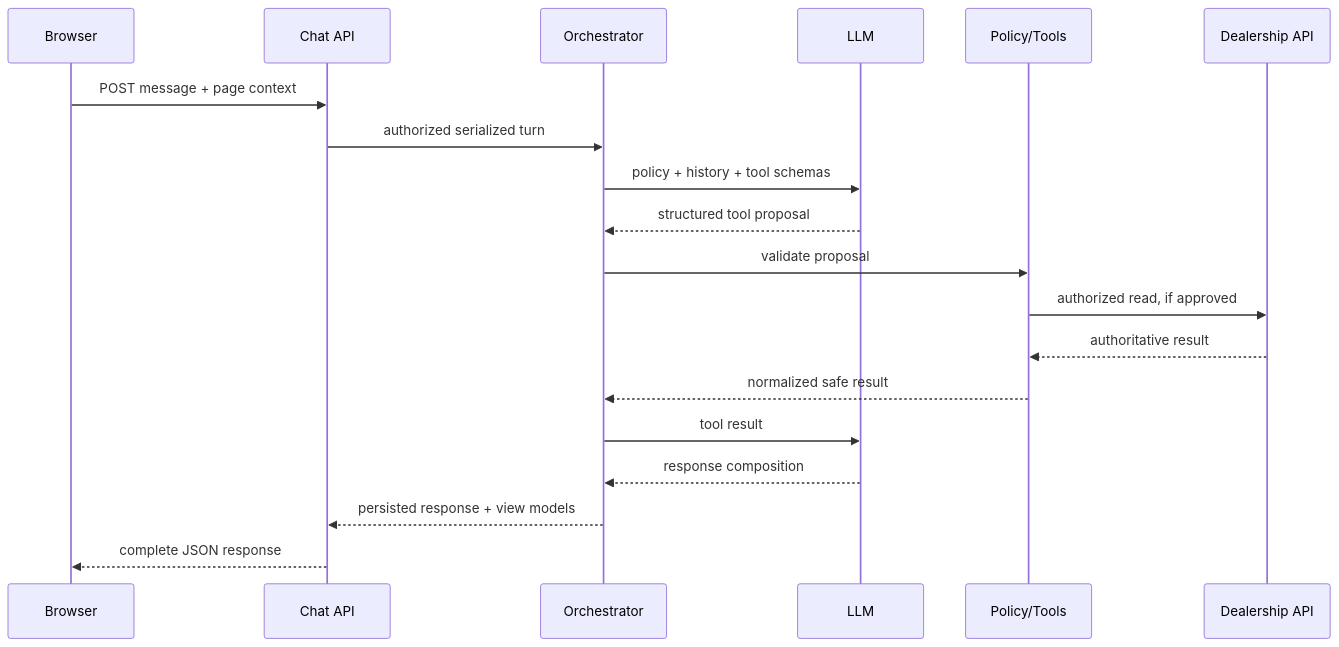
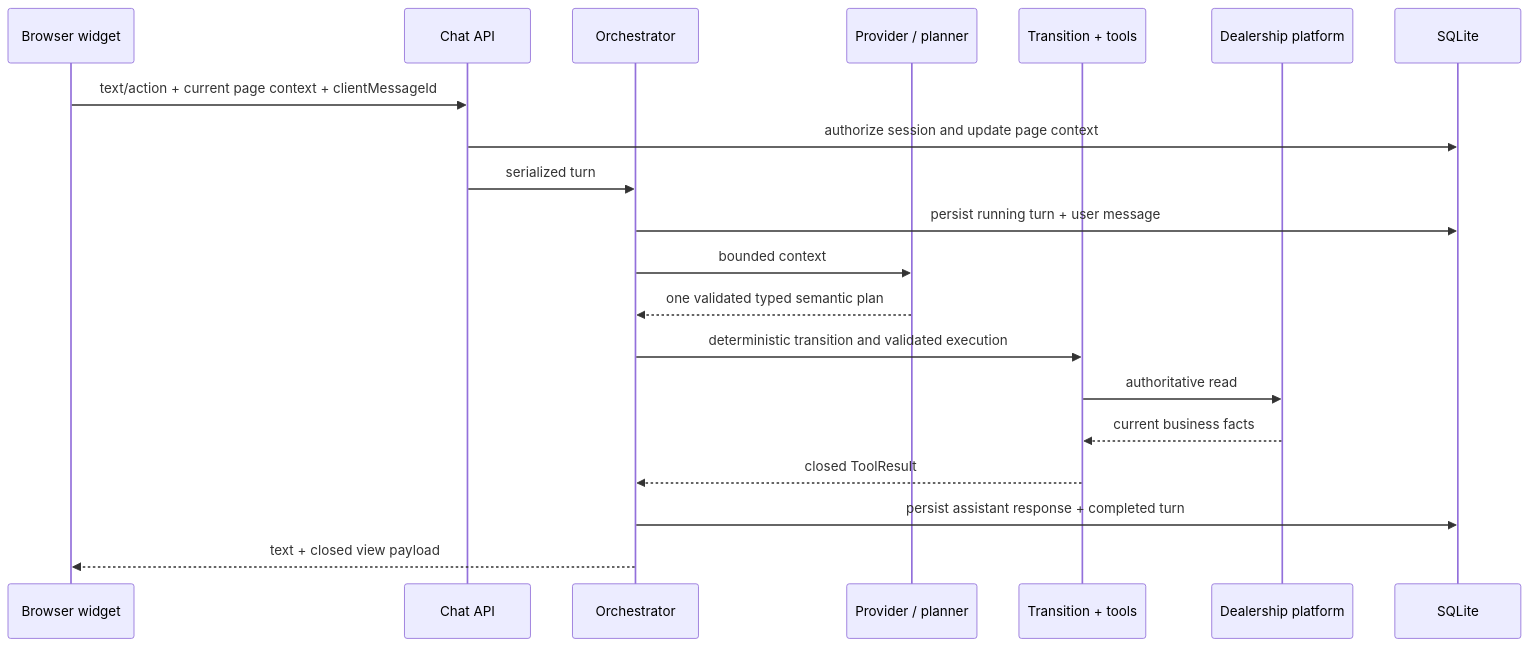
Before and after one commit to rohitsingh30/northstar-motors-webchat-assignment: the diagram in docs/HLD.md, drawn with Mermaid. The commit also changed other lines of this file and 153 other files, not shown here.

````diff
--- a/docs/HLD.md
+++ b/docs/HLD.md
@@ -177,22 +255,23 @@
 ```mermaid
 sequenceDiagram
-    participant B as Browser
-    participant API as Chat API
+    participant B as Browser widget
+    participant A as Chat API
     participant O as Orchestrator
-    participant M as LLM
-    participant P as Policy/Tools
-    participant D as Dealership API
+    participant P as Provider / planner
+    participant T as Transition + tools
+    participant D as Dealership platform
+    participant S as SQLite
 
-    B->>API: POST message + page context
-    API->>O: authorized serialized turn
-    O->>M: policy + history + tool schemas
-    M-->>O: structured tool proposal
-    O->>P: validate proposal
-    P->>D: authorized read, if approved
-    D-->>P: authoritative result
-    P-->>O: normalized safe result
-    O->>M: tool result
-    M-->>O: response composition
-    O-->>API: persisted response + view models
-    API-->>B: complete JSON response
+    B->>A: text/action + current page context + clientMessageId
+    A->>S: authorize session and update page context
+    A->>O: serialized turn
+    O->>S: persist running turn + user message
+    O->>P: bounded context
+    P-->>O: one validated typed semantic plan
+    O->>T: deterministic transition and validated execution
+    T->>D: authoritative read
+    D-->>T: current business facts
+    T-->>O: closed ToolResult
+    O->>S: persist assistant response + completed turn
+    O-->>B: text + closed view payload
 ```
````
